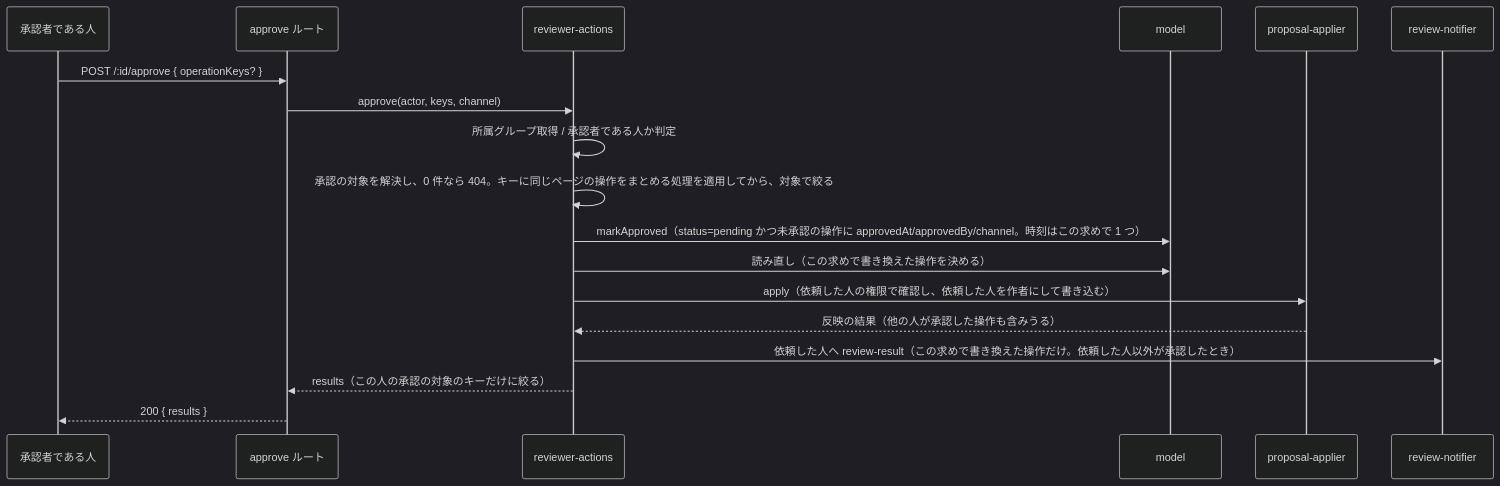
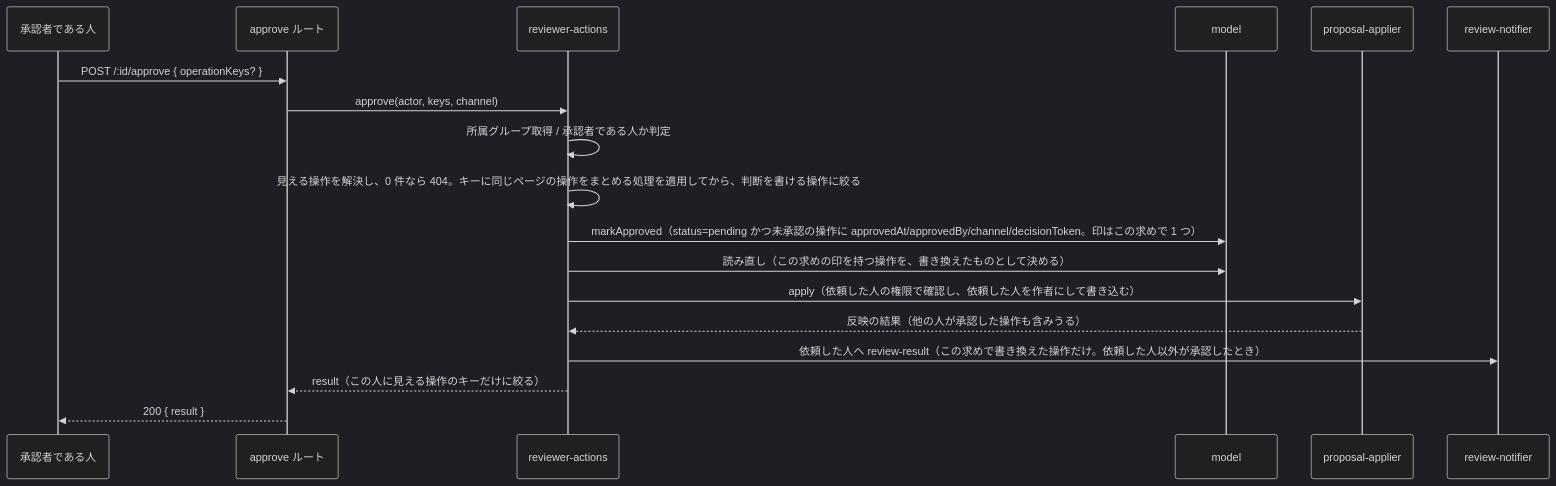
The second of 3 diagrams in .kiro/specs/change-proposal-reviewers/design.md (growilabs/growi), drawn with Mermaid (dark theme) before and after one commit. The commit also changed other lines of this file, not shown here.

````diff
--- a/.kiro/specs/change-proposal-reviewers/design.md
+++ b/.kiro/specs/change-proposal-reviewers/design.md
@@ -176,20 +177,20 @@
 ```mermaid
 sequenceDiagram
   participant U as 承認者である人
   participant R as approve ルート
   participant S as reviewer-actions
   participant M as model
   participant AP as proposal-applier
   participant N as review-notifier
   U->>R: POST /:id/approve { operationKeys? }
   R->>S: approve(actor, keys, channel)
   S->>S: 所属グループ取得 / 承認者である人か判定
-  S->>S: 承認の対象を解決し、0 件なら 404。キーに同じページの操作をまとめる処理を適用してから、対象で絞る
-  S->>M: markApproved（status=pending かつ未承認の操作に approvedAt/approvedBy/channel。時刻はこの求めで 1 つ）
-  S->>M: 読み直し（この求めで書き換えた操作を決める）
+  S->>S: 見える操作を解決し、0 件なら 404。キーに同じページの操作をまとめる処理を適用してから、判断を書ける操作に絞る
+  S->>M: markApproved（status=pending かつ未承認の操作に approvedAt/approvedBy/channel/decisionToken。印はこの求めで 1 つ）
+  S->>M: 読み直し（この求めの印を持つ操作を、書き換えたものとして決める）
   S->>AP: apply（依頼した人の権限で確認し、依頼した人を作者にして書き込む）
   AP-->>S: 反映の結果（他の人が承認した操作も含みうる）
   S->>N: 依頼した人へ review-result（この求めで書き換えた操作だけ。依頼した人以外が承認したとき）
-  S-->>R: results（この人の承認の対象のキーだけに絞る）
-  R-->>U: 200 { results }
+  S-->>R: result（この人に見える操作のキーだけに絞る）
+  R-->>U: 200 { result }
 ```
````
